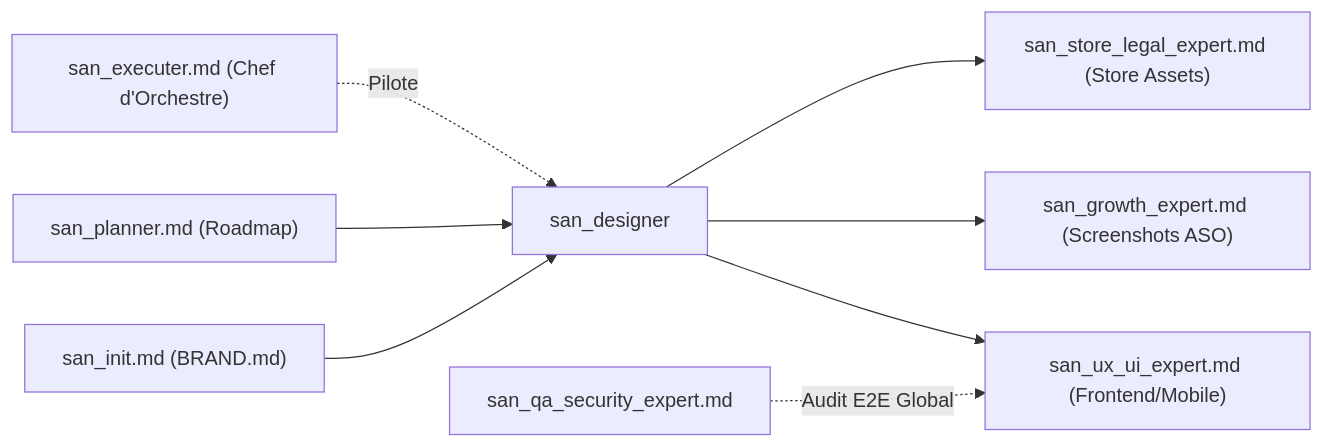
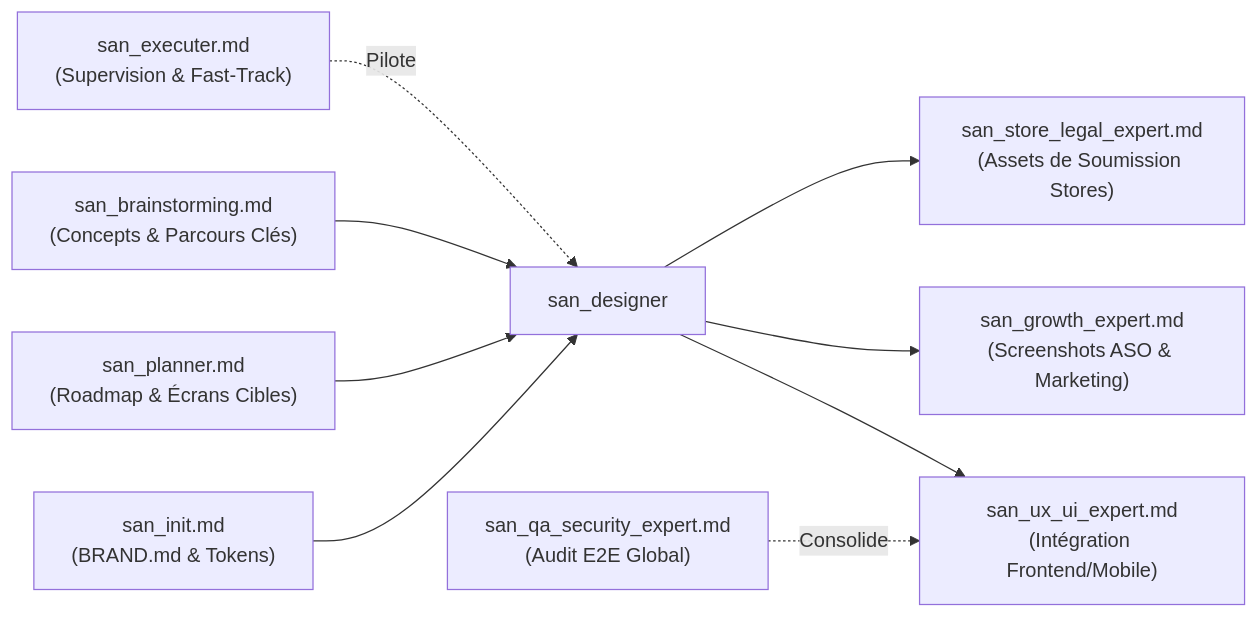
One commit to alexsan-dev/san_agy_framework changed the third of 3 diagrams in skills/san_designer.md. Above: the diagram before and after it, drawn with Mermaid. The commit also changed other lines of this file and 41 other files, not shown here.

Commit message:
feat(phase3): packaging and automated testing of onboarding & scoping core (san_init, san_brainstorming, san_planner)

````diff
--- a/skills/san_designer.md
+++ b/skills/san_designer.md
@@ -232,10 +563,11 @@
 ```mermaid
 graph LR
-    san_init["san_init.md (BRAND.md)"] --> san_designer
-    san_planner["san_planner.md (Roadmap)"] --> san_designer
-    san_designer --> san_ux_ui_expert["san_ux_ui_expert.md (Frontend/Mobile)"]
-    san_designer --> san_growth_expert["san_growth_expert.md (Screenshots ASO)"]
-    san_designer --> san_store_legal_expert["san_store_legal_expert.md (Store Assets)"]
-    san_executer["san_executer.md (Chef d'Orchestre)"] -.->|Pilote| san_designer
-    san_qa_security_expert["san_qa_security_expert.md"] -.->|Audit E2E Global| san_ux_ui_expert
+    san_init["san_init.md\n(BRAND.md & Tokens)"] --> san_designer
+    san_planner["san_planner.md\n(Roadmap & Écrans Cibles)"] --> san_designer
+    san_brainstorming["san_brainstorming.md\n(Concepts & Parcours Clés)"] --> san_designer
+    san_designer --> san_ux_ui_expert["san_ux_ui_expert.md\n(Intégration Frontend/Mobile)"]
+    san_designer --> san_growth_expert["san_growth_expert.md\n(Screenshots ASO & Marketing)"]
+    san_designer --> san_store_legal_expert["san_store_legal_expert.md\n(Assets de Soumission Stores)"]
+    san_executer["san_executer.md\n(Supervision & Fast-Track)"] -.->|Pilote| san_designer
+    san_qa_security_expert["san_qa_security_expert.md\n(Audit E2E Global)"] -.->|Consolide| san_ux_ui_expert
 ```
````
